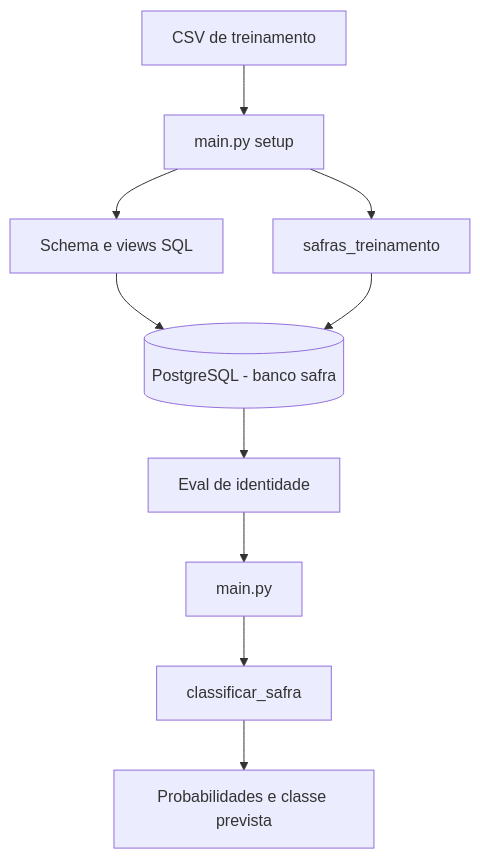
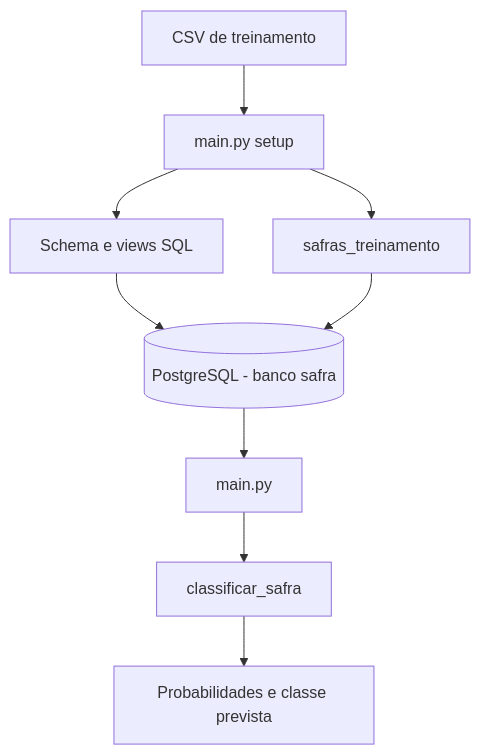
Before and after one commit to DiogoAug16/safra-rentavel: the first of 4 diagrams in README.md, drawn with Mermaid. The commit also changed other lines of this file and 2 other files, not shown here.

````diff
--- a/README.md
+++ b/README.md
@@ -40,12 +40,11 @@
 ```mermaid
 flowchart TD
     A[CSV de treinamento] --> B[main.py setup]
     B --> C[Schema e views SQL]
     C --> D[(PostgreSQL - banco safra)]
     B --> E[safras_treinamento]
     E --> D
-    D --> F[Eval de identidade]
-    F --> G[main.py]
-    G --> H[classificar_safra]
-    H --> I[Probabilidades e classe prevista]
+    D --> F[main.py]
+    F --> G[classificar_safra]
+    G --> H[Probabilidades e classe prevista]
 ```
````
